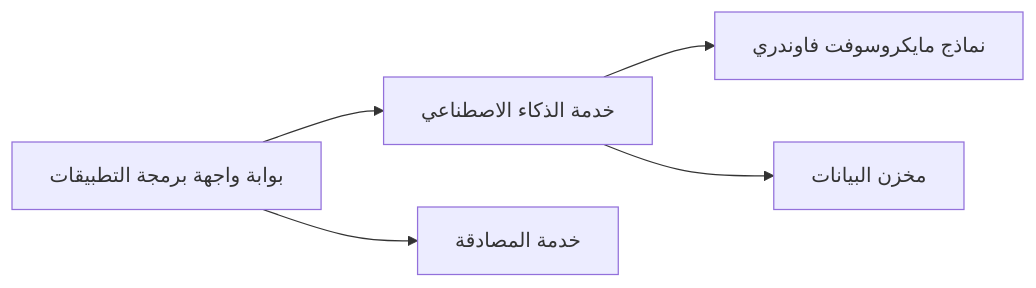
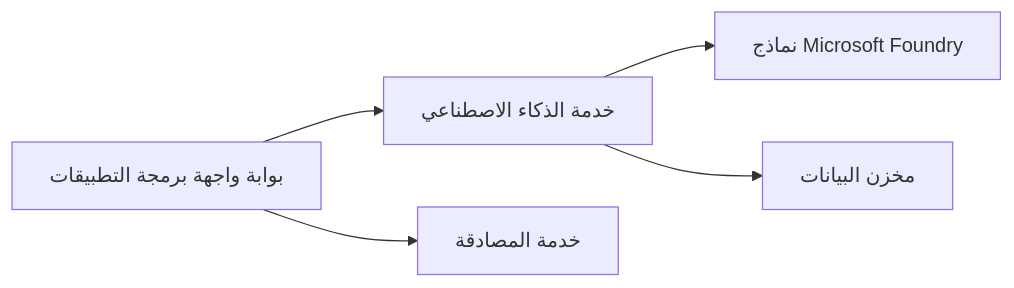
The first of 2 diagrams in translations/ar/docs/chapter-08-production/README.md (microsoft/AZD-for-beginners), drawn with Mermaid before and after one commit. The commit also changed other lines of this file and 104 other files, not shown here.

````diff
--- a/translations/ar/docs/chapter-08-production/README.md
+++ b/translations/ar/docs/chapter-08-production/README.md
@@ -48,6 +48,6 @@
 ```mermaid
 graph LR
-    Gateway[بوابة واجهة برمجة التطبيقات] --> AI[خدمة الذكاء الاصطناعي] --> Models[نماذج مايكروسوفت فاوندري]
+    Gateway[بوابة واجهة برمجة التطبيقات] --> AI[خدمة الذكاء الاصطناعي] --> Models[نماذج Microsoft Foundry]
     Gateway --> Auth[خدمة المصادقة]
     AI --> Data[مخزن البيانات]
 ```
````
